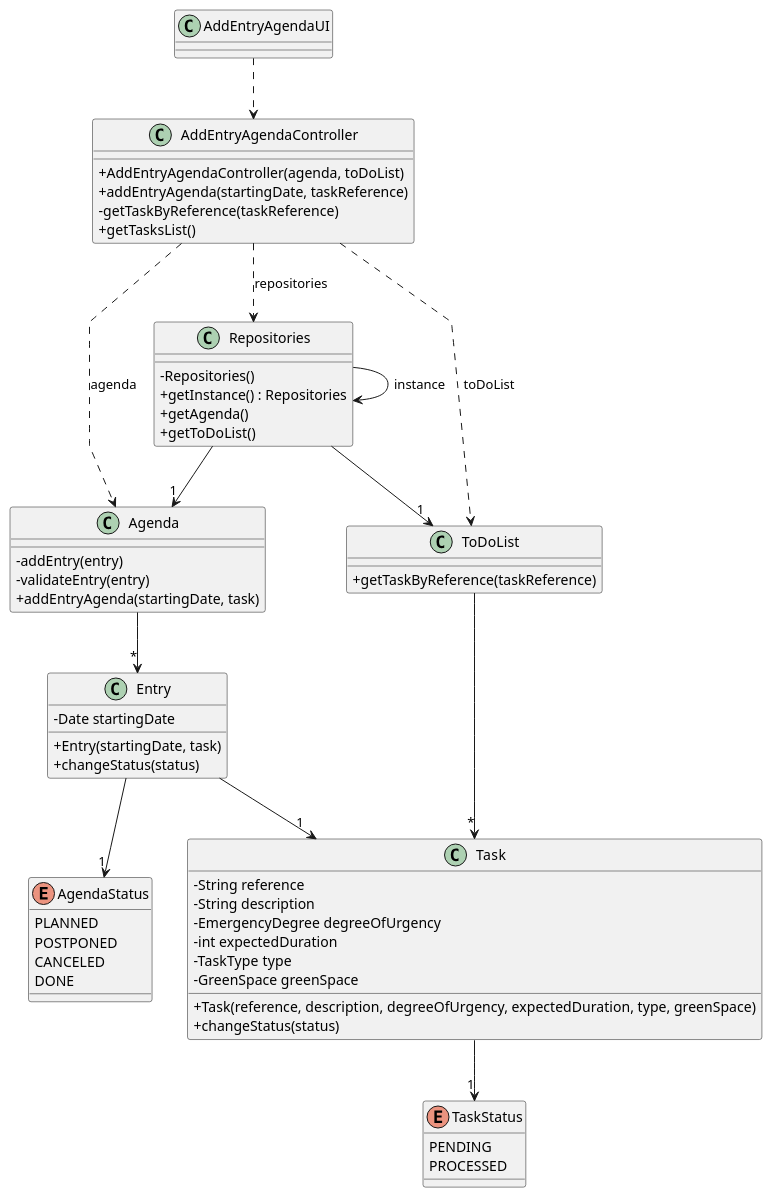
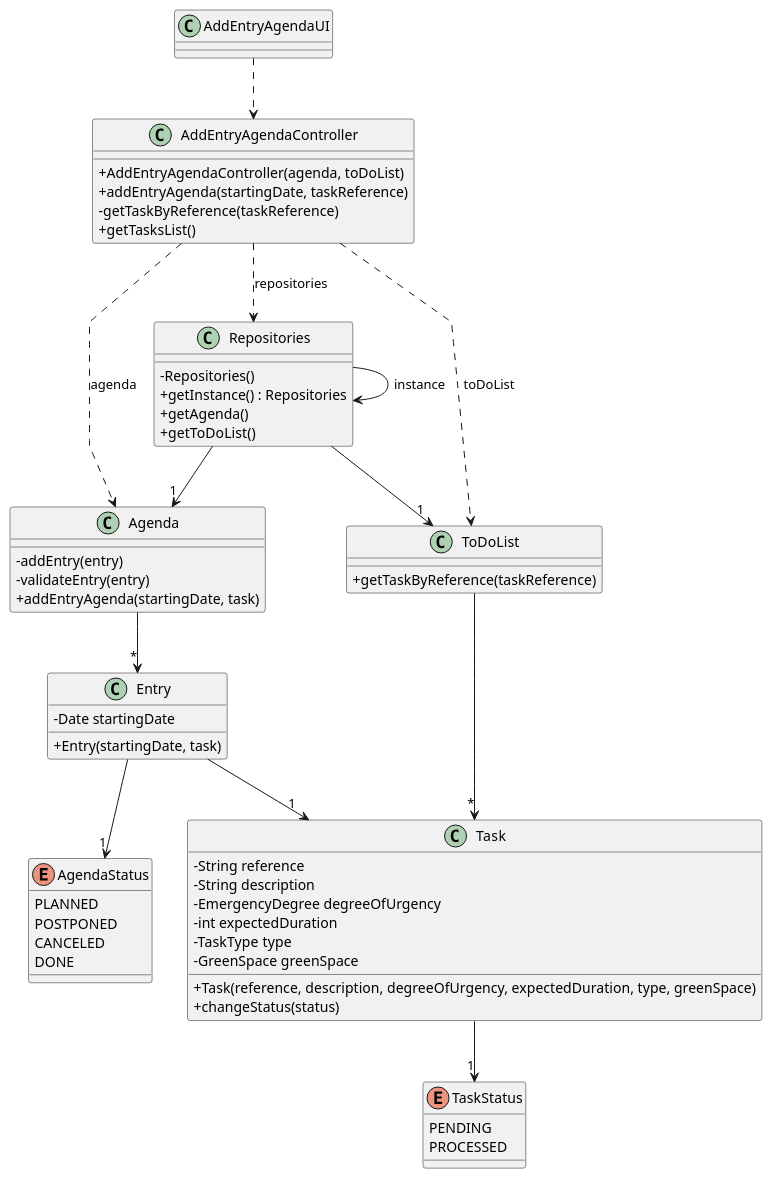
The diagram in docs/sprintA&B&C/us022/03.design/puml/us022-class-diagram.puml (daniel41silva05/ISEP_2023_2024_LAPR2), drawn with PlantUML before and after one commit. The commit also changed 12 other files, not shown here.

```diff
--- a/docs/sprintA&B&C/us022/03.design/puml/us022-class-diagram.puml
+++ b/docs/sprintA&B&C/us022/03.design/puml/us022-class-diagram.puml
@@ -1,81 +1,80 @@
 @startuml
 'skinparam monochrome true
 skinparam packageStyle rectangle
 skinparam shadowing false
 skinparam linetype polyline
 'skinparam linetype orto
 
 skinparam classAttributeIconSize 0
 
 'left to right direction
 
 class AddEntryAgendaUI {
 }
 
 class AddEntryAgendaController {
     +AddEntryAgendaController(agenda, toDoList)
     +addEntryAgenda(startingDate, taskReference)
     -getTaskByReference(taskReference)
     +getTasksList()
 }
 
 class Agenda {
     -addEntry(entry)
     -validateEntry(entry)
     +addEntryAgenda(startingDate, task)
 }
 
 class Entry {
     -Date startingDate
     +Entry(startingDate, task)
-    +changeStatus(status)
 }
 
 class ToDoList {
     +getTaskByReference(taskReference)
 }
 
 class Task {
     -String reference
     -String description
     -EmergencyDegree degreeOfUrgency
     -int expectedDuration
     -TaskType type
     -GreenSpace greenSpace
     +Task(reference, description, degreeOfUrgency, expectedDuration, type, greenSpace)
     +changeStatus(status)
 }
 
 class Repositories {
     - Repositories()
     + getInstance() : Repositories
     + getAgenda()
     + getToDoList()
 }
 
 enum AgendaStatus {
     PLANNED
     POSTPONED
     CANCELED
     DONE
 }
 
 enum TaskStatus {
     PENDING
     PROCESSED
 }
 
 AddEntryAgendaUI ..> AddEntryAgendaController
 AddEntryAgendaController ..> Repositories: repositories
 AddEntryAgendaController ..> Agenda: agenda
 AddEntryAgendaController ..> ToDoList: toDoList
 Repositories --> Repositories: instance
 Repositories --> "1" Agenda
 Repositories --> "1" ToDoList
 Agenda --> "*" Entry
 ToDoList --> "*" Task
 Entry --> "1" Task
 Entry --> "1" AgendaStatus
 Task --> "1" TaskStatus
 
 @enduml
```
